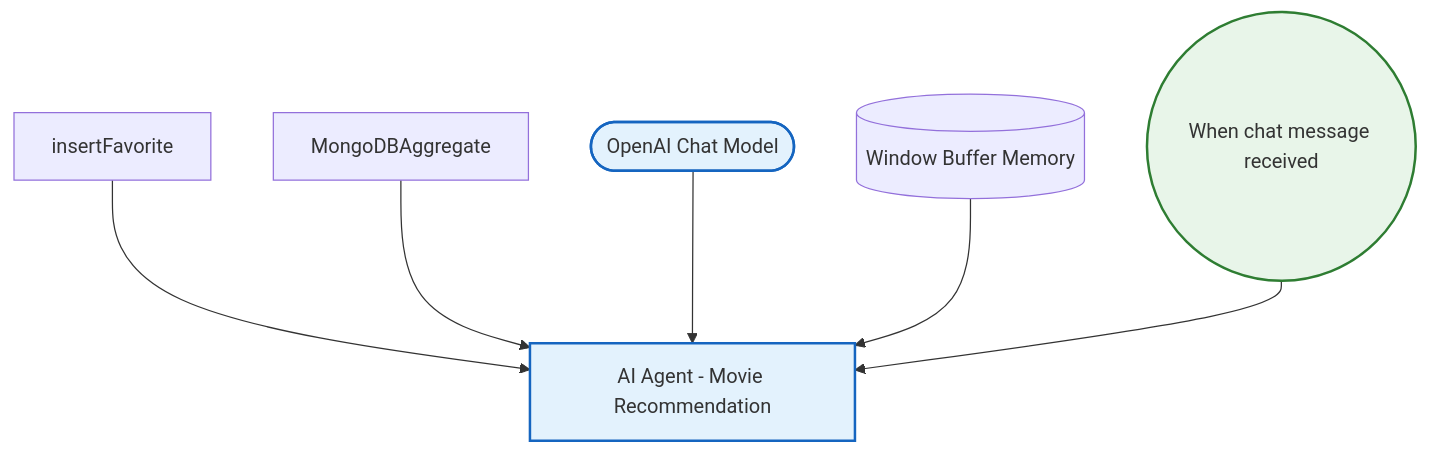
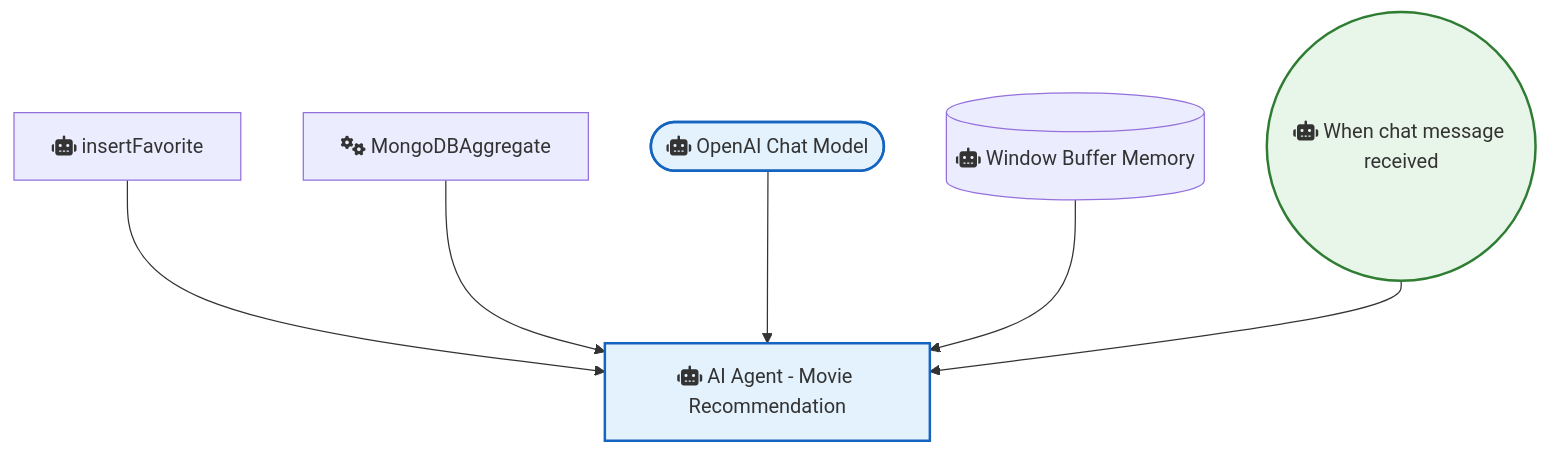
Before and after one commit to sreyash3105/N8N-DEMO-AUTOMATIONS: the diagram in Database_and_Storage/Mongodb Agent.md, drawn with Mermaid. The commit also changed 291 other files, not shown here.

````diff
--- a/Database_and_Storage/Mongodb Agent.md
+++ b/Database_and_Storage/Mongodb Agent.md
@@ -1,19 +1,19 @@
 ```mermaid
 graph TD
     classDef trigger fill:#e8f5e9,stroke:#2e7d32,stroke-width:2px;
     classDef ai fill:#e3f2fd,stroke:#1565c0,stroke-width:2px;
     classDef logic fill:#fff3e0,stroke:#ef6c00,stroke-width:2px;
 
-    OpenAI_Chat_Model(["OpenAI Chat Model"]):::ai
-    MongoDBAggregate["MongoDBAggregate"]
-    Window_Buffer_Memory[("Window Buffer Memory")]
-    When_chat_message_received(("When chat message received")):::trigger
-    insertFavorite["insertFavorite"]
-    AI_Agent___Movie_Recommendation["AI Agent - Movie Recommendation"]:::ai
+    OpenAI_Chat_Model(["fas:fa-robot OpenAI Chat Model"]):::ai
+    MongoDBAggregate["fas:fa-cogs MongoDBAggregate"]
+    Window_Buffer_Memory[("fas:fa-robot Window Buffer Memory")]
+    When_chat_message_received(("fas:fa-robot When chat message received")):::trigger
+    insertFavorite["fas:fa-robot insertFavorite"]
+    AI_Agent___Movie_Recommendation["fas:fa-robot AI Agent - Movie Recommendation"]:::ai
 
     insertFavorite --> AI_Agent___Movie_Recommendation
     MongoDBAggregate --> AI_Agent___Movie_Recommendation
     OpenAI_Chat_Model --> AI_Agent___Movie_Recommendation
     Window_Buffer_Memory --> AI_Agent___Movie_Recommendation
     When_chat_message_received --> AI_Agent___Movie_Recommendation
 ```
````
